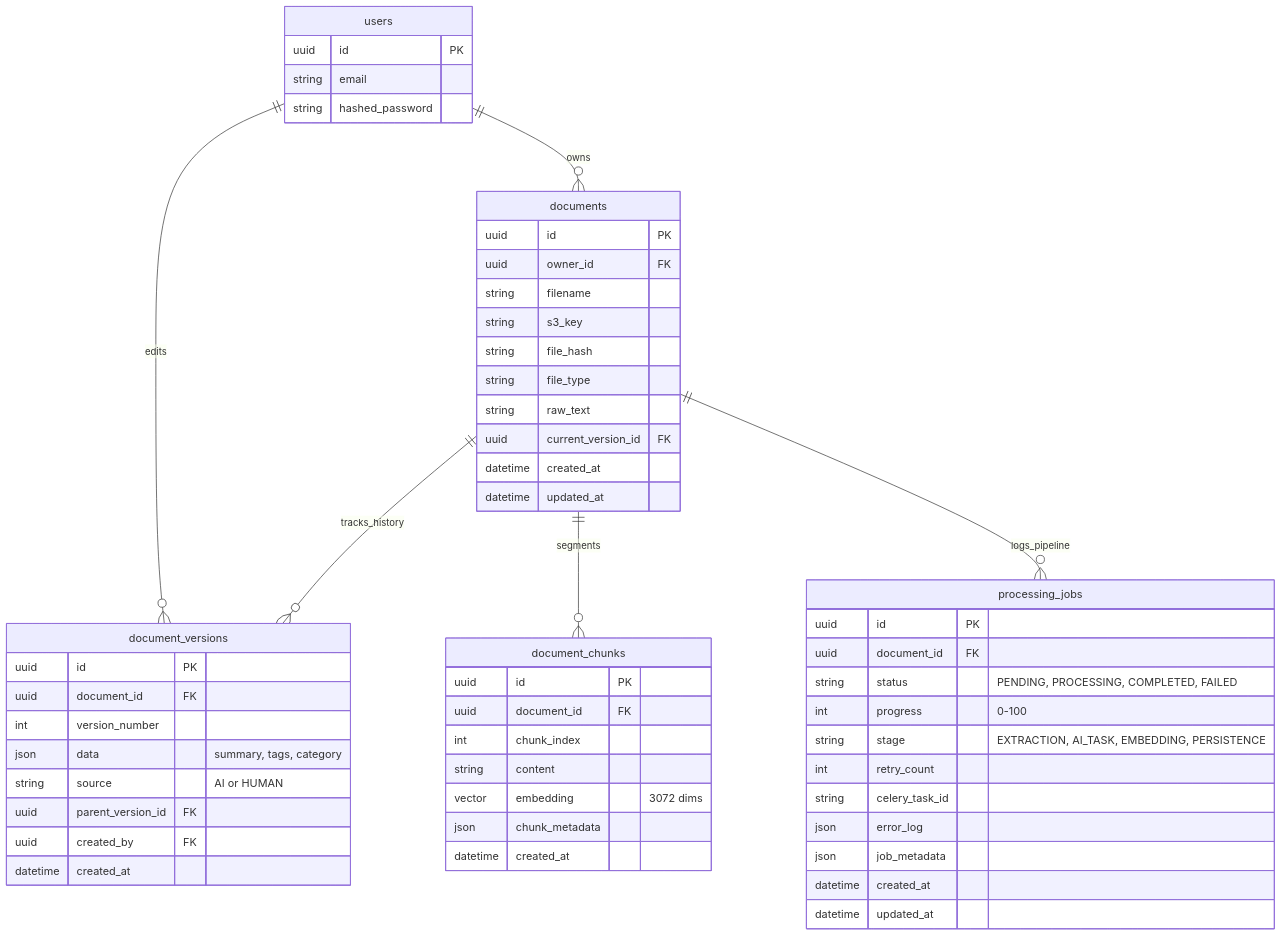
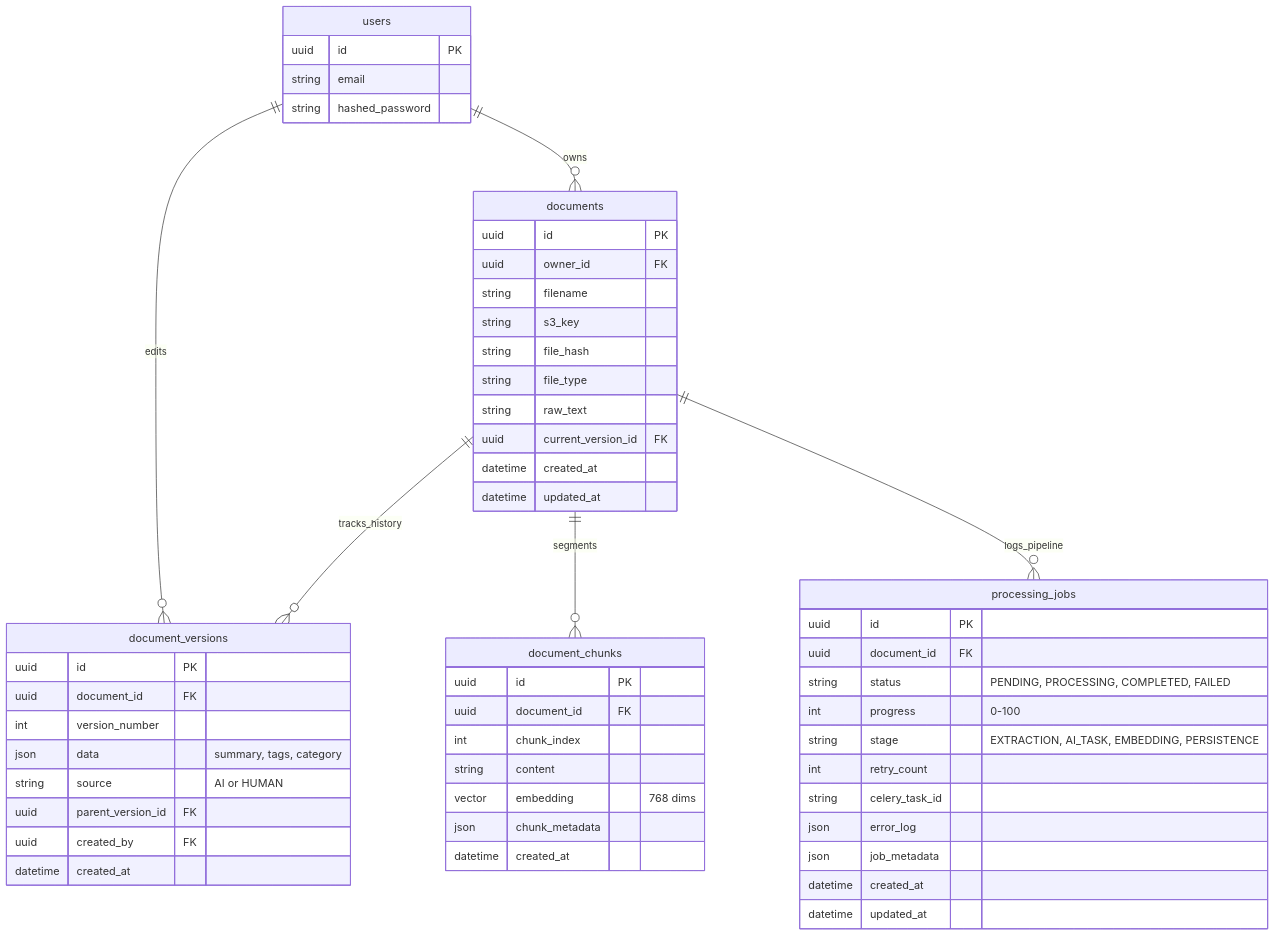
Before and after one commit to farhan-mahi-sazim/AIPCPP-BE-Mahi-Onboarding: the first of 4 diagrams in docs/project_documentation_guide.md, drawn with Mermaid. The commit also changed other lines of this file and 16 other files, not shown here.

````diff
--- a/docs/project_documentation_guide.md
+++ b/docs/project_documentation_guide.md
@@ -46,62 +46,62 @@
 ```mermaid
 erDiagram
     users ||--o{ documents : owns
     users ||--o{ document_versions : edits
     documents ||--o{ document_versions : tracks_history
     documents ||--o{ document_chunks : segments
     documents ||--o{ processing_jobs : logs_pipeline
 
     users {
         uuid id PK
         string email
         string hashed_password
     }
 
     documents {
         uuid id PK
         uuid owner_id FK
         string filename
         string s3_key
         string file_hash
         string file_type
         string raw_text
         uuid current_version_id FK
         datetime created_at
         datetime updated_at
     }
 
     document_versions {
         uuid id PK
         uuid document_id FK
         int version_number
         json data "summary, tags, category"
         string source "AI or HUMAN"
         uuid parent_version_id FK
         uuid created_by FK
         datetime created_at
     }
 
     document_chunks {
         uuid id PK
         uuid document_id FK
         int chunk_index
         string content
-        vector embedding "3072 dims"
+        vector embedding "768 dims"
         json chunk_metadata
         datetime created_at
     }
 
     processing_jobs {
         uuid id PK
         uuid document_id FK
         string status "PENDING, PROCESSING, COMPLETED, FAILED"
         int progress "0-100"
         string stage "EXTRACTION, AI_TASK, EMBEDDING, PERSISTENCE"
         int retry_count
         string celery_task_id
         json error_log
         json job_metadata
         datetime created_at
         datetime updated_at
     }
 ```
````
